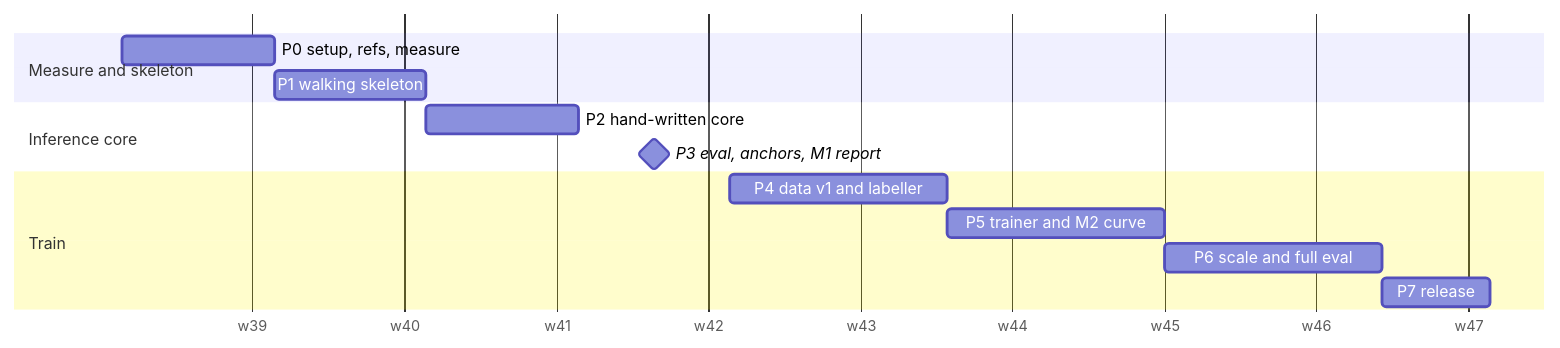
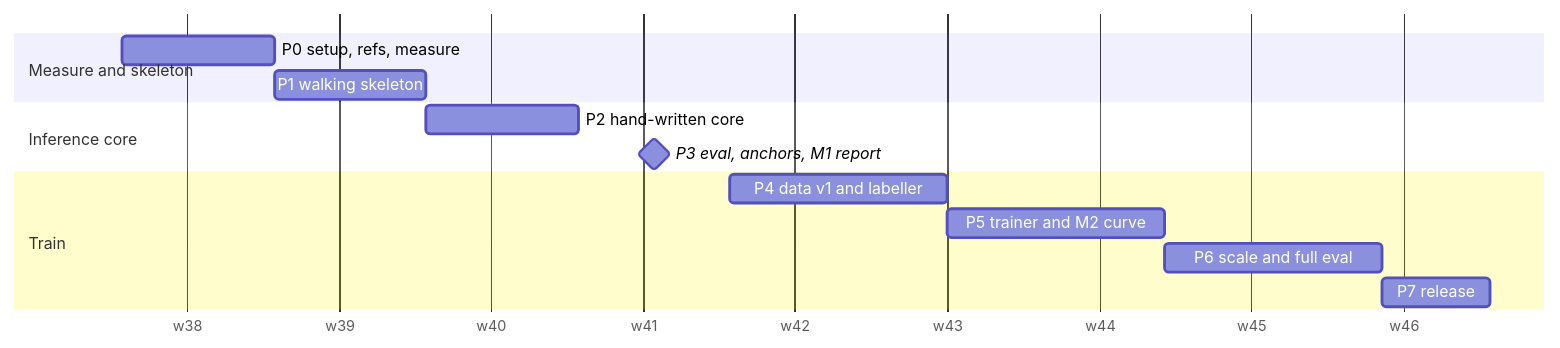
The diagram in docs/design/2026-09-23-nanohunch/plan-parts/_head.md (ubermenchh/nanohunch), drawn with Mermaid before and after one commit. The commit also changed other lines of this file and 131 other files, not shown here.

````diff
--- a/docs/design/2026-09-23-nanohunch/plan-parts/_head.md
+++ b/docs/design/2026-09-23-nanohunch/plan-parts/_head.md
@@ -88,16 +105,16 @@
 ```mermaid
 gantt
   dateFormat  YYYY-MM-DD
   axisFormat  w%W
   section Measure and skeleton
-  P0 setup, refs, measure       :p0, 2026-09-28, 7d
+  P0 setup, refs, measure       :p0, 2026-09-24, 7d
   P1 walking skeleton           :p1, after p0, 7d
   section Inference core
   P2 hand-written core          :p2, after p1, 7d
   P3 eval, anchors, M1 report   :milestone, p3, after p2, 7d
   section Train
   P4 data v1 and labeller       :p4, after p3, 10d
   P5 trainer and M2 curve       :p5, after p4, 10d
   P6 scale and full eval        :p6, after p5, 10d
   P7 release                    :p7, after p6, 5d
 ```
````
